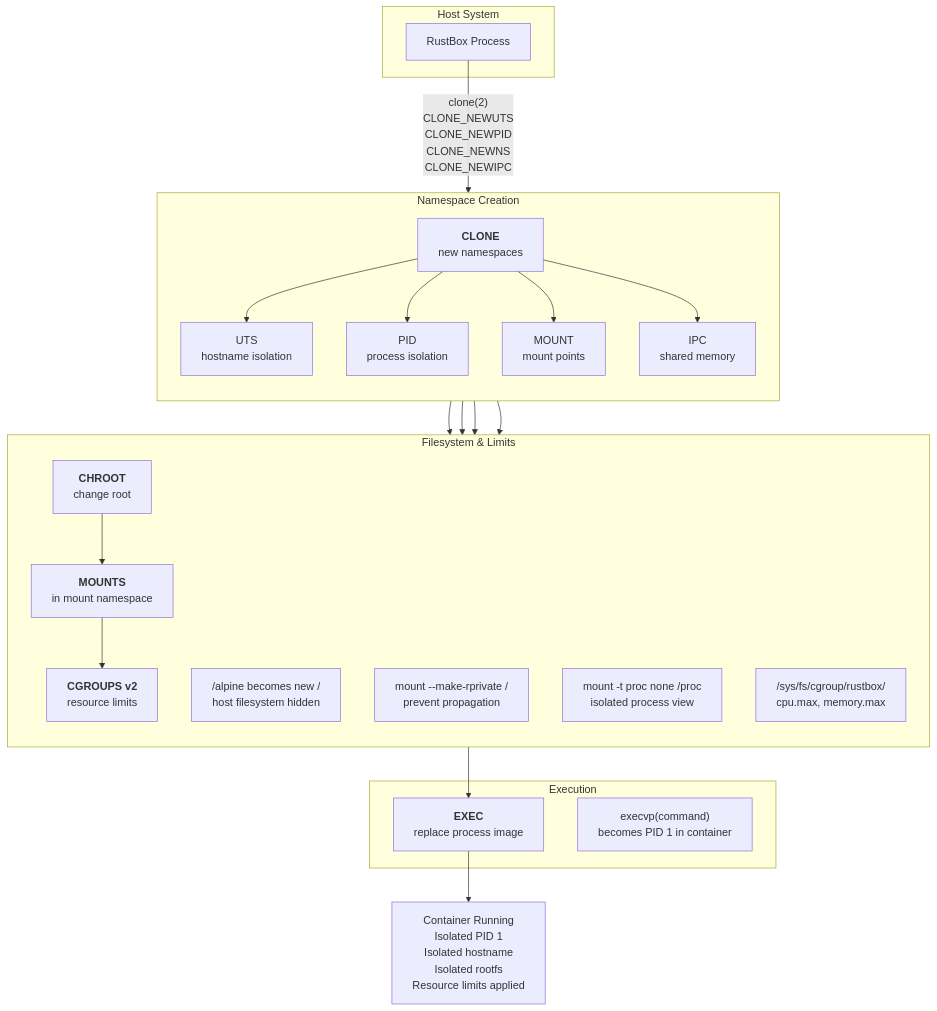
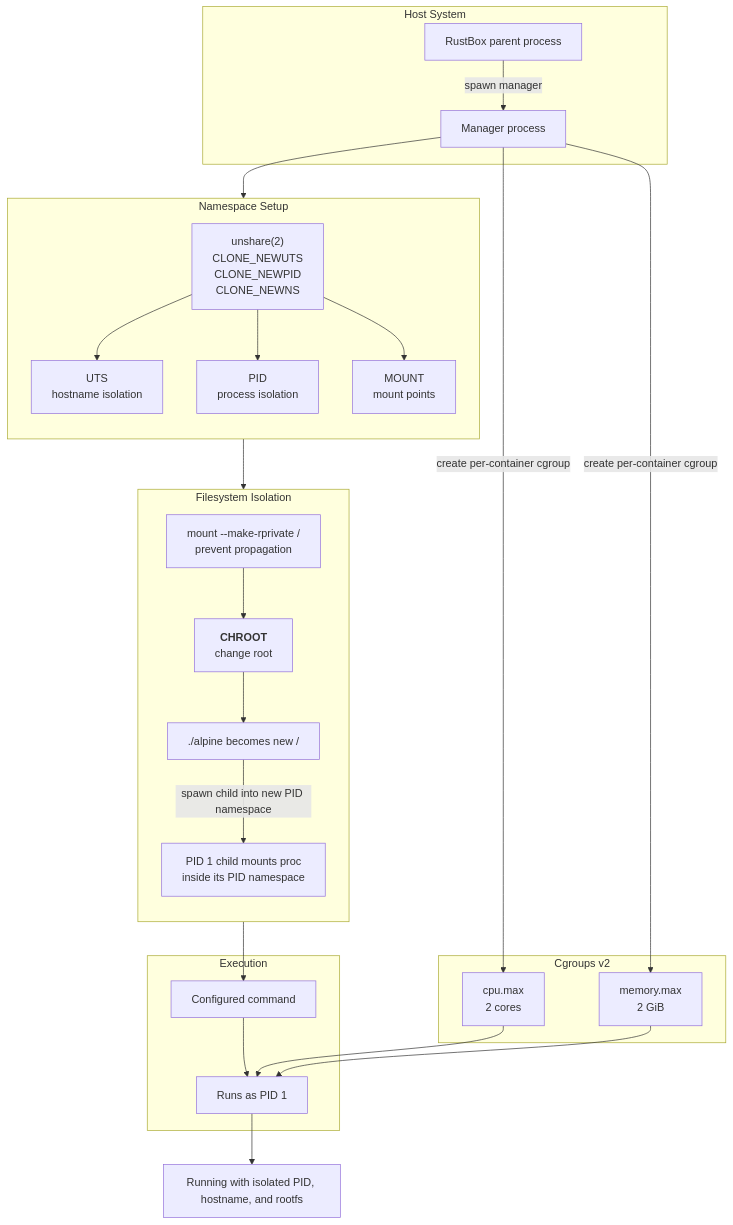
One commit to waylow1/RustBox changed the diagram in doc/system_flowchart.mermaid. Above: the diagram before and after it, drawn with Mermaid. The commit also changed 11 other files, not shown here.

Commit message:
feat: Isolated container, cpu and memory restrictions

```diff
--- a/doc/system_flowchart.mermaid
+++ b/doc/system_flowchart.mermaid
@@ -1,39 +1,44 @@
 flowchart TD
     subgraph Host["Host System"]
-        A["RustBox Process"]
+        A["RustBox parent process"]
+        H["Manager process"]
     end
 
-    subgraph Creation["Namespace Creation"]
+    subgraph Creation["Namespace Setup"]
         direction TB
-        B["<b>CLONE</b><br/>new namespaces"]
+        B["unshare(2)<br/>CLONE_NEWUTS<br/>CLONE_NEWPID<br/>CLONE_NEWNS"]
         B1["UTS<br/>hostname isolation"]
         B2["PID<br/>process isolation"]
         B3["MOUNT<br/>mount points"]
-        B4["IPC<br/>shared memory"]
     end
 
-    subgraph Isolation["Filesystem & Limits"]
+    subgraph Isolation["Filesystem Isolation"]
         direction TB
         C["<b>CHROOT</b><br/>change root"]
-        C1["/alpine becomes new /<br/>host filesystem hidden"]
-        
-        D["<b>MOUNTS</b><br/>in mount namespace"]
-        D1["mount --make-rprivate /<br/>prevent propagation"]
-        D2["mount -t proc none /proc<br/>isolated process view"]
-        
-        E["<b>CGROUPS v2</b><br/>resource limits"]
-        E1["/sys/fs/cgroup/rustbox/<br/>cpu.max, memory.max"]
+        C1["./alpine becomes new /"]
+        D["mount --make-rprivate /<br/>prevent propagation"]
+        E["PID 1 child mounts proc<br/>inside its PID namespace"]
     end
 
     subgraph Runtime["Execution"]
-        F["<b>EXEC</b><br/>replace process image"]
-        F1["execvp(command)<br/>becomes PID 1 in container"]
+        F["Configured command"]
+        F1["Runs as PID 1"]
     end
 
-    A -->|"clone(2)<br/>CLONE_NEWUTS<br/>CLONE_NEWPID<br/>CLONE_NEWNS<br/>CLONE_NEWIPC"| B
-    B --> B1 & B2 & B3 & B4
-    B1 & B2 & B3 & B4 --> C
-    C --> D
-    D --> E
+    subgraph Resources["Cgroups v2"]
+        R1["cpu.max<br/>2 cores"]
+        R2["memory.max<br/>2 GiB"]
+    end
+
+    A -->|"spawn manager"| H
+    H -->|"create per-container cgroup"| R1 & R2
+    H --> B
+    B --> B1 & B2 & B3
+    B --> D
+    D --> C
+    C --> C1
+    C1 -->|"spawn child into new PID namespace"| E
     E --> F
-    F --> G["Container Running<br/>Isolated PID 1<br/>Isolated hostname<br/>Isolated rootfs<br/>Resource limits applied"]
+    F --> F1
+    F1 --> G["Running with isolated PID, hostname, and rootfs"]
+    R1 & R2 --> F1
```
